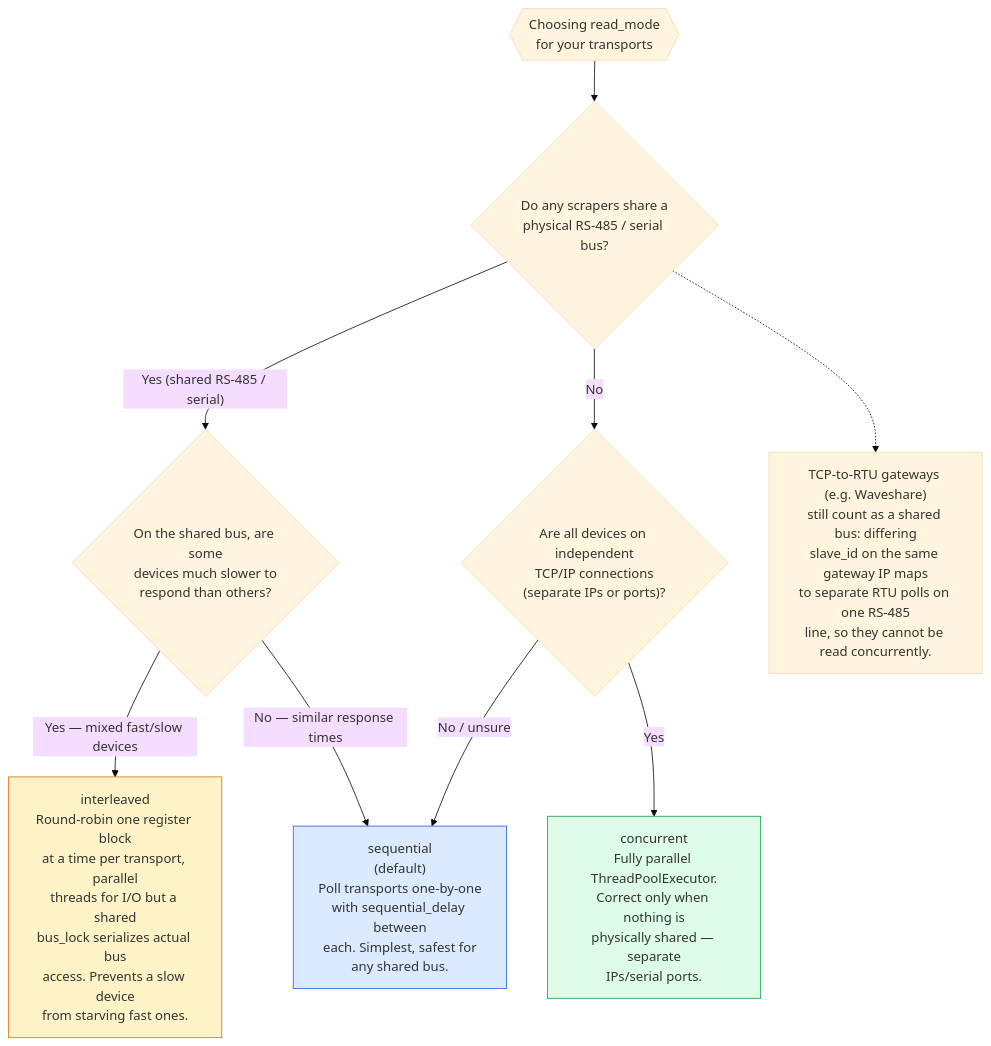
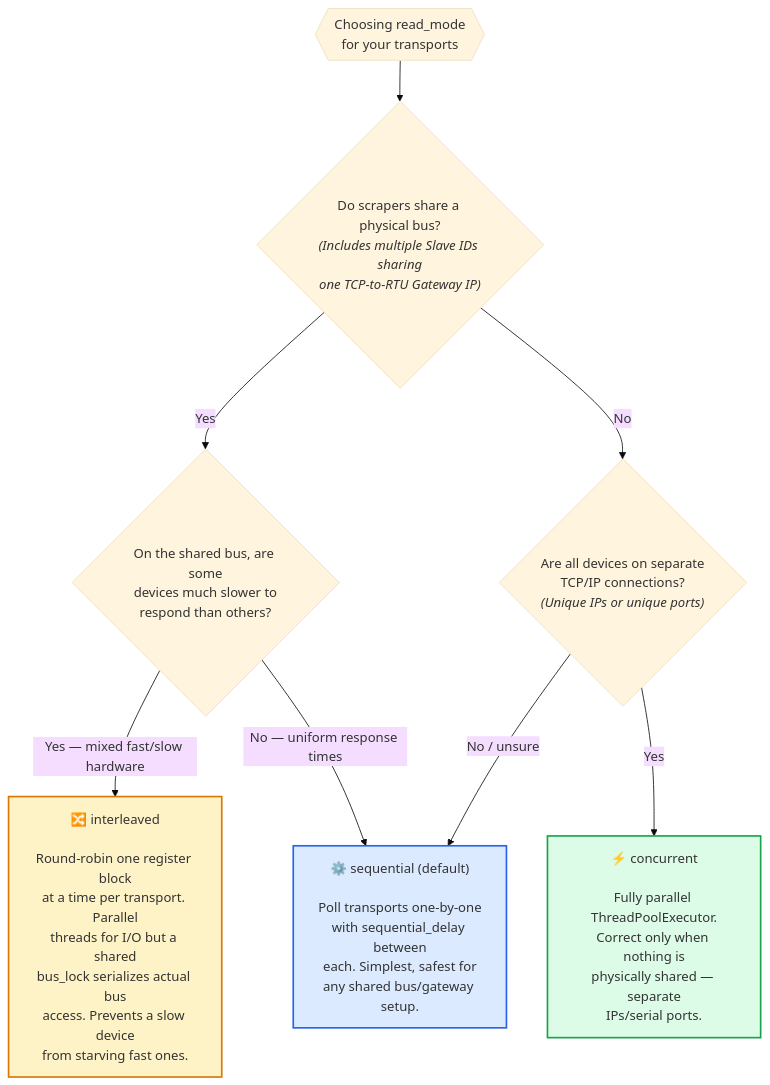
The tenth of 21 diagrams in documentation/architecture/mermaid-diagrams.md (BuxtonCalvin/MultiProtocolGateway), drawn with Mermaid (base theme) before and after one commit. The commit also changed 1 other file, not shown here.

Commit message:
Documentation updates

````diff
--- a/documentation/architecture/mermaid-diagrams.md
+++ b/documentation/architecture/mermaid-diagrams.md
@@ -645,28 +645,30 @@
 ```mermaid
 flowchart TD
     START{{"Choosing read_mode<br/>for your transports"}}
-    Q1{"Do any scrapers share a<br/>physical RS-485 / serial bus?"}
-    Q2{"Are all devices on independent<br/>TCP/IP connections<br/>(separate IPs or ports)?"}
+    
+    Q1{"Do scrapers share a physical bus?<br/><i>(Includes multiple Slave IDs sharing<br/>one TCP-to-RTU Gateway IP)</i>"}
+    
+    Q2{"Are all devices on separate<br/>TCP/IP connections?<br/><i>(Unique IPs or unique ports)</i>"}
+    
     Q3{"On the shared bus, are some<br/>devices much slower to<br/>respond than others?"}
 
-    SEQ["sequential<br/>(default)<br/>Poll transports one-by-one<br/>with sequential_delay between<br/>each. Simplest, safest for<br/>any shared bus."]
-    CONC["concurrent<br/>Fully parallel ThreadPoolExecutor.<br/>Correct only when nothing is<br/>physically shared — separate<br/>IPs/serial ports."]
-    INTER["interleaved<br/>Round-robin one register block<br/>at a time per transport, parallel<br/>threads for I/O but a shared<br/>bus_lock serializes actual bus<br/>access. Prevents a slow device<br/>from starving fast ones."]
+    SEQ["⚙️ sequential (default)<br/><br/>Poll transports one-by-one<br/>with sequential_delay between<br/>each. Simplest, safest for<br/>any shared bus/gateway setup."]
+    
+    CONC["⚡ concurrent<br/><br/>Fully parallel ThreadPoolExecutor.<br/>Correct only when nothing is<br/>physically shared — separate<br/>IPs/serial ports."]
+    
+    INTER["🔀 interleaved<br/><br/>Round-robin one register block<br/>at a time per transport. Parallel<br/>threads for I/O but a shared<br/>bus_lock serializes actual bus<br/>access. Prevents a slow device<br/>from starving fast ones."]
 
     START --> Q1
-    Q1 -- "Yes (shared RS-485 / serial)" --> Q3
+    Q1 -- "Yes" --> Q3
     Q1 -- "No" --> Q2
 
     Q2 -- "Yes" --> CONC
     Q2 -- "No / unsure" --> SEQ
 
-    Q3 -- "Yes — mixed fast/slow devices" --> INTER
-    Q3 -- "No — similar response times" --> SEQ
+    Q3 -- "Yes — mixed fast/slow hardware" --> INTER
+    Q3 -- "No — uniform response times" --> SEQ
 
-    note1["TCP-to-RTU gateways (e.g. Waveshare)<br/>still count as a shared bus: differing<br/>slave_id on the same gateway IP maps<br/>to separate RTU polls on one RS-485<br/>line, so they cannot be read concurrently."]
-    Q1 -.-> note1
-
-    style SEQ fill:#dbeafe,stroke:#2563eb
-    style CONC fill:#dcfce7,stroke:#16a34a
-    style INTER fill:#fef3c7,stroke:#d97706
+    style SEQ fill:#dbeafe,stroke:#2563eb,stroke-width:2px
+    style CONC fill:#dcfce7,stroke:#16a34a,stroke-width:2px
+    style INTER fill:#fef3c7,stroke:#d97706,stroke-width:2px
 ```
````
